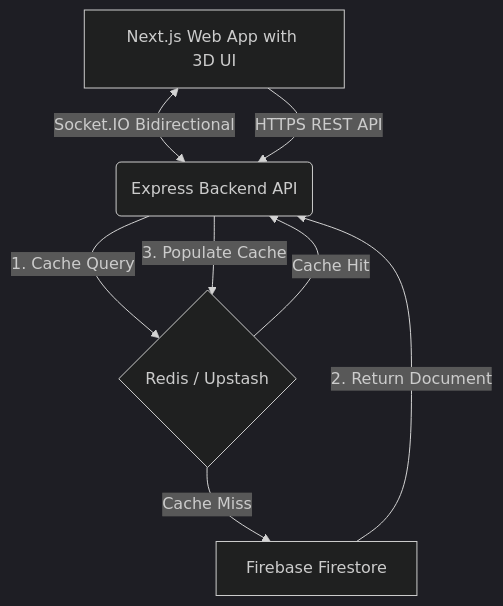
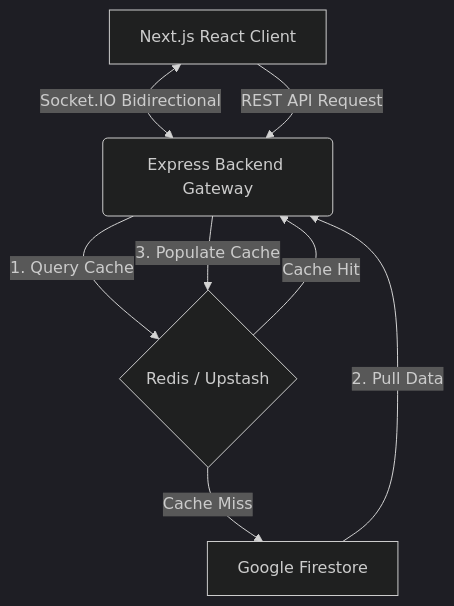
One commit to pranansh-s/xhess changed the diagram in README.md. Above: the diagram before and after it, drawn with Mermaid (dark theme). The commit also changed other lines of this file and 6 other files, not shown here.

````diff
--- a/README.md
+++ b/README.md
@@ -56,10 +50,10 @@
 ```mermaid
 graph TD
-    A[Next.js Web App with 3D UI] <-->|Socket.IO Bidirectional| B(Express Backend API)
-    A -->|HTTPS REST API| B
-    B -->|1. Cache Query| C{Redis / Upstash}
+    A[Next.js React Client] <-->|Socket.IO Bidirectional| B(Express Backend Gateway)
+    A -->|REST API Request| B
+    B -->|1. Query Cache| C{Redis / Upstash}
     C -->|Cache Hit| B
-    C -->|Cache Miss| D[Firebase Firestore]
-    D -->|2. Return Document| B
+    C -->|Cache Miss| D[Google Firestore]
+    D -->|2. Pull Data| B
     B -->|3. Populate Cache| C
 ```
````
